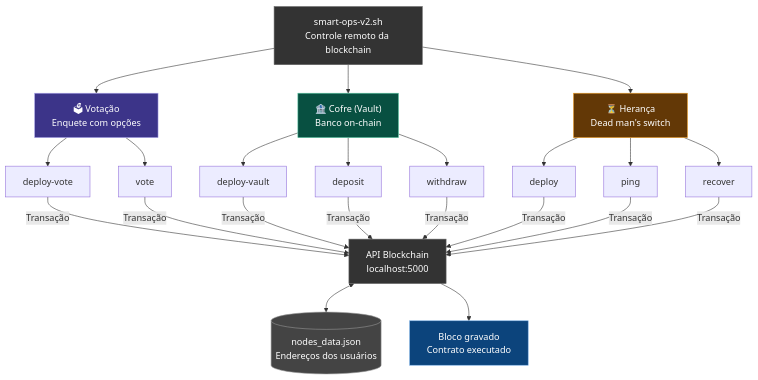
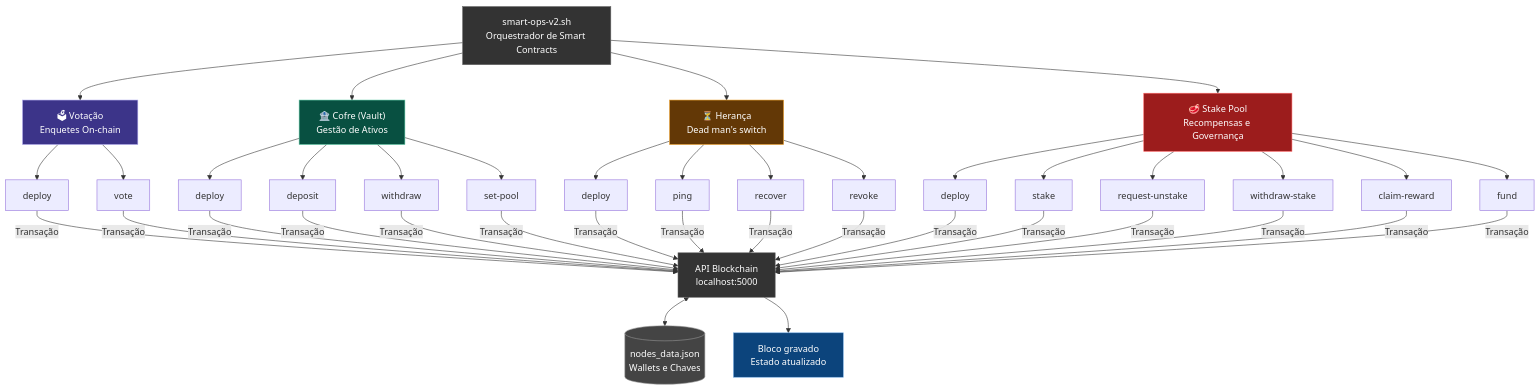
The diagram in src/contracts/README.md (dodopontocom/mini-blockchain), drawn with Mermaid before and after one commit. The commit also changed other lines of this file, not shown here.

Commit message:
mermaid II

````diff
--- a/src/contracts/README.md
+++ b/src/contracts/README.md
@@ -15,57 +16,74 @@
 ```mermaid
 graph TD
     %% Nodes
-    Script["smart-ops-v2.sh<br/>Controle remoto da blockchain"]
+    Script["smart-ops-v2.sh<br/>Orquestrador de Smart Contracts"]
 
-    Voting["🗳 Votação<br/>Enquete com opções"]
-    Vault["🏦 Cofre (Vault)<br/>Banco on-chain"]
+    Voting["🗳 Votação<br/>Enquetes On-chain"]
+    Vault["🏦 Cofre (Vault)<br/>Gestão de Ativos"]
     Heritage["⏳ Herança<br/>Dead man's switch"]
+    Stake["🥩 Stake Pool<br/>Recompensas e Governança"]
 
-    V1[deploy-vote]
+    V1[deploy]
     V2[vote]
-    VA1[deploy-vault]
+
+    VA1[deploy]
     VA2[deposit]
     VA3[withdraw]
+    VA4[set-pool]
+
     H1[deploy]
     H2[ping]
     H3[recover]
+    H4[revoke]
+
+    S1[deploy]
+    S2[stake]
+    S3[request-unstake]
+    S4[withdraw-stake]
+    S5[claim-reward]
+    S6[fund]
 
     API["API Blockchain<br/>localhost:5000"]
-    Nodes[("nodes_data.json<br/>Endereços dos usuários")]
-    Block["Bloco gravado<br/>Contrato executado"]
+    Nodes[("nodes_data.json<br/>Wallets e Chaves")]
+    Block["Bloco gravado<br/>Estado atualizado"]
 
     %% Connections
     Script --> Voting
     Script --> Vault
     Script --> Heritage
+    Script --> Stake
 
     Voting --> V1
     Voting --> V2
+
     Vault --> VA1
     Vault --> VA2
     Vault --> VA3
+    Vault --> VA4
+
     Heritage --> H1
     Heritage --> H2
     Heritage --> H3
+    Heritage --> H4
 
-    V1 -- "Transação" --> API
-    V2 -- "Transação" --> API
-    VA1 -- "Transação" --> API
-    VA2 -- "Transação" --> API
-    VA3 -- "Transação" --> API
-    H1 -- "Transação" --> API
-    H2 -- "Transação" --> API
-    H3 -- "Transação" --> API
+    Stake --> S1
+    Stake --> S2
+    Stake --> S3
+    Stake --> S4
+    Stake --> S5
+    Stake --> S6
 
+    V1 & V2 & VA1 & VA2 & VA3 & VA4 & H1 & H2 & H3 & H4 & S1 & S2 & S3 & S4 & S5 & S6 -- "Transação" --> API
     API <--> Nodes
     API --> Block
 
     %% Styling
     style Script fill:#333,stroke:#666,color:#fff
     style Voting fill:#3c3489,stroke:#afa9ec,color:#fff
     style Vault fill:#085041,stroke:#5dcaa5,color:#fff
     style Heritage fill:#633806,stroke:#ef9f27,color:#fff
+    style Stake fill:#9c1c1c,stroke:#ff6b6b,color:#fff
     style API fill:#333,stroke:#666,color:#fff
     style Block fill:#0c447c,stroke:#85b7eb,color:#fff
     style Nodes fill:#444,stroke:#999,color:#fff
 ```
````
